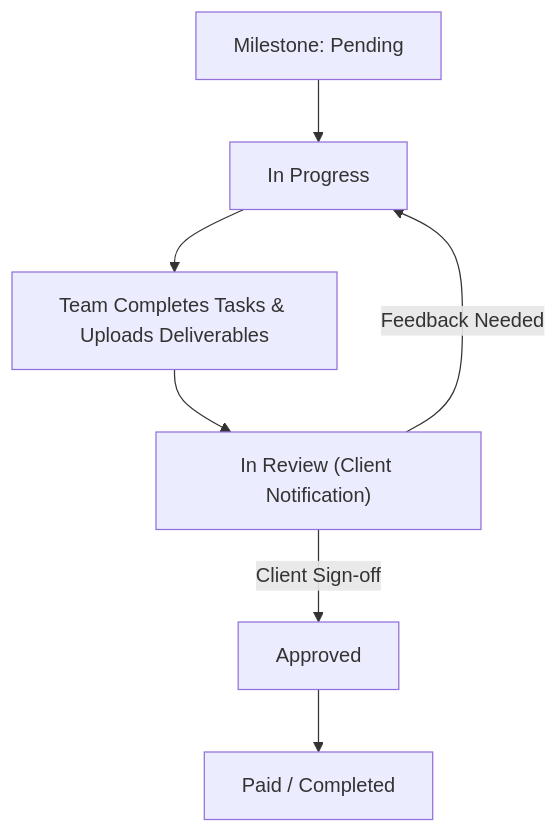
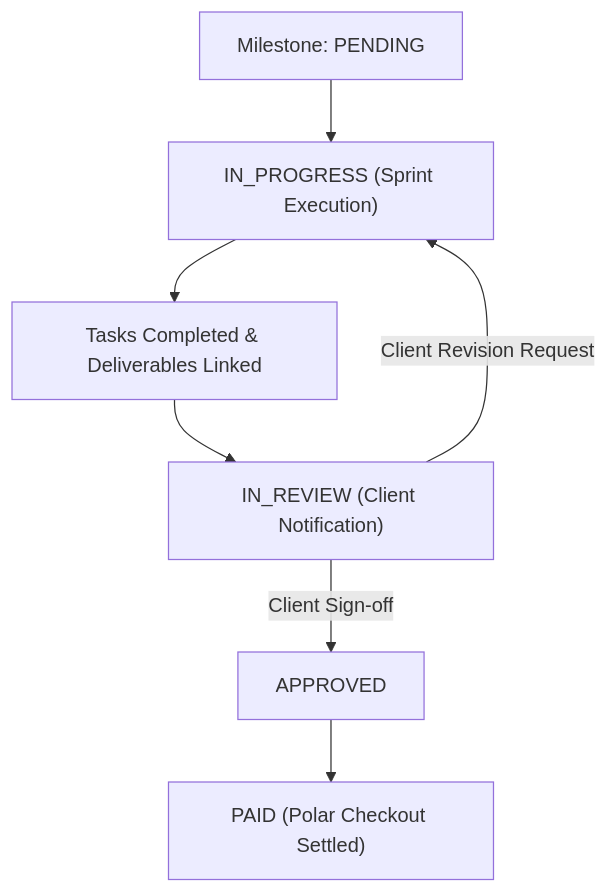
Before and after one commit to Sayan-01/sdx26: the fourth of 4 diagrams in README.md, drawn with Mermaid. The commit also changed other lines of this file and 1 other file, not shown here.

````diff
--- a/README.md
+++ b/README.md
@@ -141,9 +156,9 @@
 ```mermaid
 graph TD
-    Start["Milestone: Pending"] --> InProgress["In Progress"]
-    InProgress --> TasksComplete["Team Completes Tasks & Uploads Deliverables"]
-    TasksComplete --> InReview["In Review (Client Notification)"]
-    InReview -->|Feedback Needed| InProgress
-    InReview -->|Client Sign-off| Approved["Approved"]
-    Approved --> Paid["Paid / Completed"]
+    Start["Milestone: PENDING"] --> InProgress["IN_PROGRESS (Sprint Execution)"]
+    InProgress --> TasksDone["Tasks Completed & Deliverables Linked"]
+    TasksDone --> InReview["IN_REVIEW (Client Notification)"]
+    InReview -->|Client Revision Request| InProgress
+    InReview -->|Client Sign-off| Approved["APPROVED"]
+    Approved --> Paid["PAID (Polar Checkout Settled)"]
 ```
````
